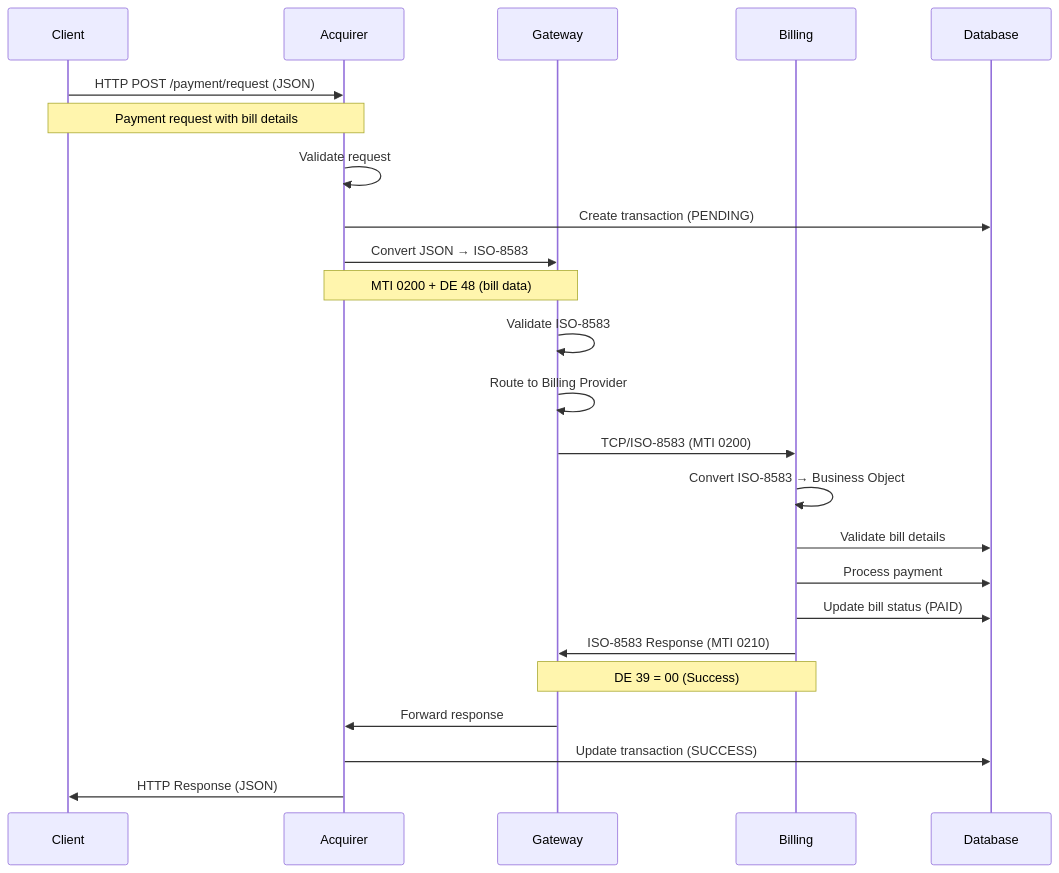
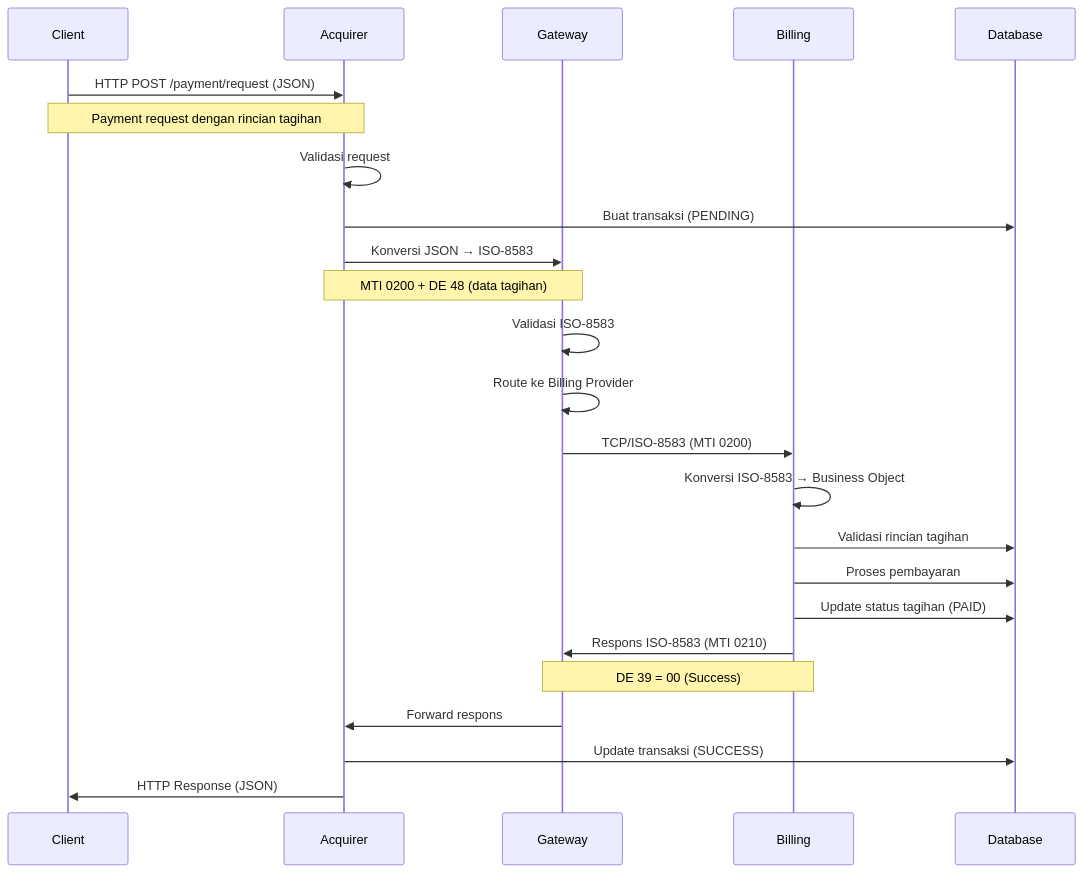
Before and after one commit to artivisi/training-spring-jpos-2025: the first of 6 diagrams in workshop/day-3/INSTRUCTIONS.md, drawn with Mermaid. The commit also changed other lines of this file and 4 other files, not shown here.

````diff
--- a/workshop/day-3/INSTRUCTIONS.md
+++ b/workshop/day-3/INSTRUCTIONS.md
@@ -13,31 +13,31 @@
 ```mermaid
 sequenceDiagram
     participant Client
     participant Acquirer
     participant Gateway
     participant Billing
     participant Database
 
     Client->>Acquirer: HTTP POST /payment/request (JSON)
-    Note over Client,Acquirer: Payment request with bill details
+    Note over Client,Acquirer: Payment request dengan rincian tagihan
 
-    Acquirer->>Acquirer: Validate request
-    Acquirer->>Database: Create transaction (PENDING)
-    Acquirer->>Gateway: Convert JSON → ISO-8583
-    Note over Acquirer,Gateway: MTI 0200 + DE 48 (bill data)
+    Acquirer->>Acquirer: Validasi request
+    Acquirer->>Database: Buat transaksi (PENDING)
+    Acquirer->>Gateway: Konversi JSON → ISO-8583
+    Note over Acquirer,Gateway: MTI 0200 + DE 48 (data tagihan)
 
-    Gateway->>Gateway: Validate ISO-8583
-    Gateway->>Gateway: Route to Billing Provider
+    Gateway->>Gateway: Validasi ISO-8583
+    Gateway->>Gateway: Route ke Billing Provider
     Gateway->>Billing: TCP/ISO-8583 (MTI 0200)
 
-    Billing->>Billing: Convert ISO-8583 → Business Object
-    Billing->>Database: Validate bill details
-    Billing->>Database: Process payment
-    Billing->>Database: Update bill status (PAID)
-    Billing->>Gateway: ISO-8583 Response (MTI 0210)
+    Billing->>Billing: Konversi ISO-8583 → Business Object
+    Billing->>Database: Validasi rincian tagihan
+    Billing->>Database: Proses pembayaran
+    Billing->>Database: Update status tagihan (PAID)
+    Billing->>Gateway: Respons ISO-8583 (MTI 0210)
     Note over Billing,Gateway: DE 39 = 00 (Success)
 
-    Gateway->>Acquirer: Forward response
-    Acquirer->>Database: Update transaction (SUCCESS)
+    Gateway->>Acquirer: Forward respons
+    Acquirer->>Database: Update transaksi (SUCCESS)
     Acquirer->>Client: HTTP Response (JSON)
 ```
````
